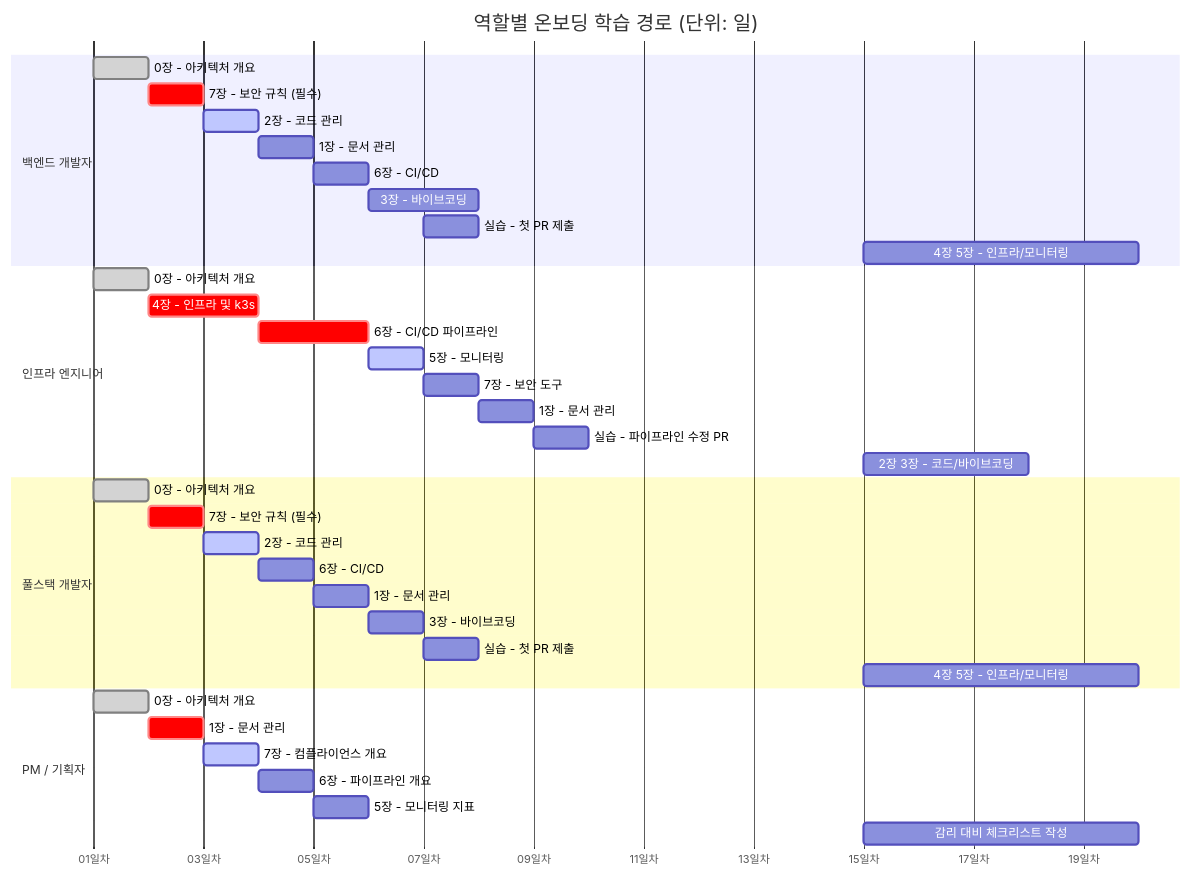
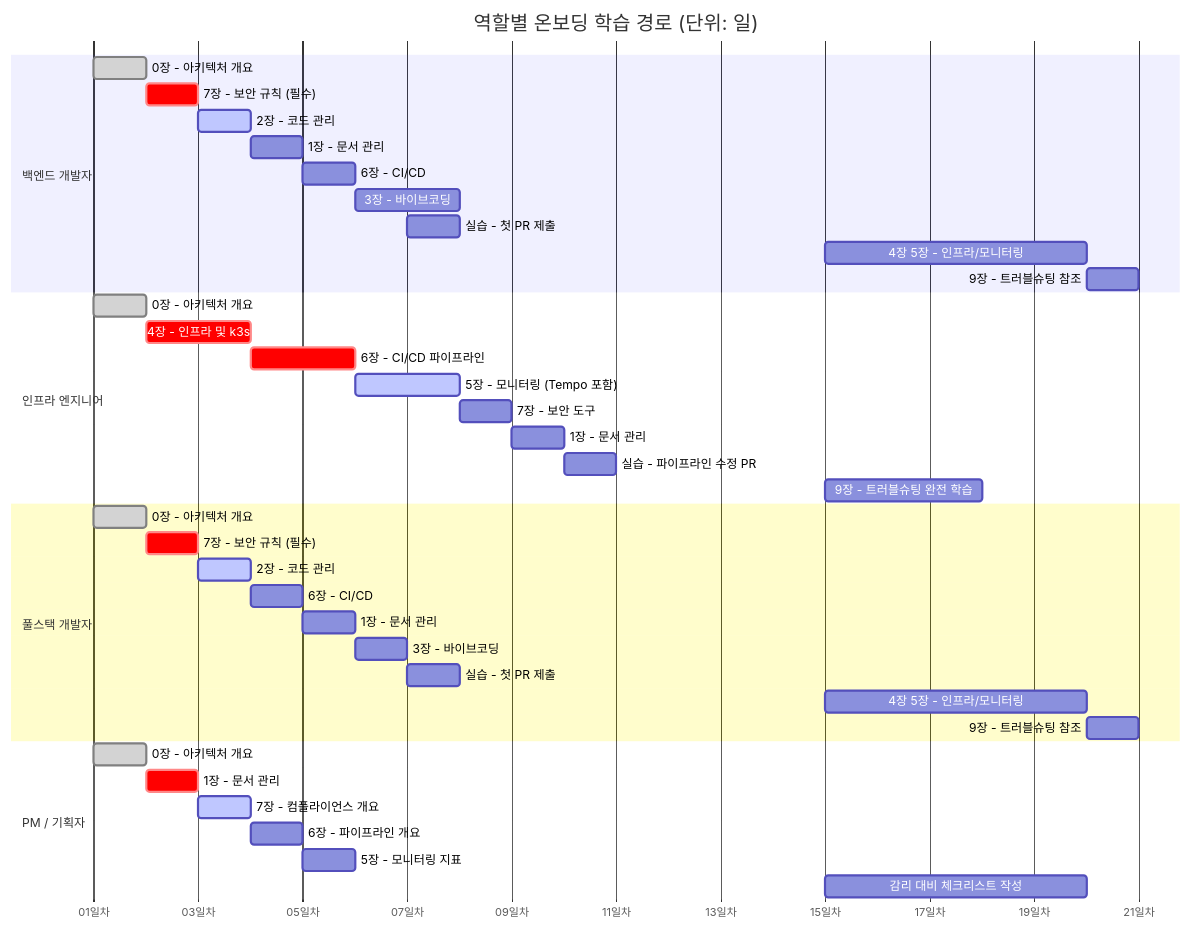
One commit to s99606931/ai-saas changed the second of 3 diagrams in docs/guides/onboarding/README.md. Above: the diagram before and after it, drawn with Mermaid. The commit also changed other lines of this file and 141 other files, not shown here.

````diff
--- a/docs/guides/onboarding/README.md
+++ b/docs/guides/onboarding/README.md
@@ -96,44 +372,46 @@
 ```mermaid
 gantt
   title 역할별 온보딩 학습 경로 (단위: 일)
   dateFormat  D
   axisFormat  %d일차
 
   section 백엔드 개발자
   0장 - 아키텍처 개요        :done,    be1, 1, 1d
   7장 - 보안 규칙 (필수)     :crit,    be2, 2, 1d
   2장 - 코드 관리            :active,  be3, 3, 1d
   1장 - 문서 관리            :         be4, 4, 1d
   6장 - CI/CD                :         be5, 5, 1d
   3장 - 바이브코딩           :         be6, 6, 2d
   실습 - 첫 PR 제출          :         be7, 7, 1d
   4장 5장 - 인프라/모니터링  :         be8, 15, 5d
+  9장 - 트러블슈팅 참조      :         be9, 20, 1d
 
   section 인프라 엔지니어
   0장 - 아키텍처 개요        :done,    ie1, 1, 1d
   4장 - 인프라 및 k3s        :crit,    ie2, 2, 2d
   6장 - CI/CD 파이프라인     :crit,    ie3, 4, 2d
-  5장 - 모니터링             :active,  ie4, 6, 1d
-  7장 - 보안 도구            :         ie5, 7, 1d
-  1장 - 문서 관리            :         ie6, 8, 1d
-  실습 - 파이프라인 수정 PR  :         ie7, 9, 1d
-  2장 3장 - 코드/바이브코딩  :         ie8, 15, 3d
+  5장 - 모니터링 (Tempo 포함):active,  ie4, 6, 2d
+  7장 - 보안 도구            :         ie5, 8, 1d
+  1장 - 문서 관리            :         ie6, 9, 1d
+  실습 - 파이프라인 수정 PR  :         ie7, 10, 1d
+  9장 - 트러블슈팅 완전 학습 :         ie8, 15, 3d
 
   section 풀스택 개발자
   0장 - 아키텍처 개요        :done,    fs1, 1, 1d
   7장 - 보안 규칙 (필수)     :crit,    fs2, 2, 1d
   2장 - 코드 관리            :active,  fs3, 3, 1d
   6장 - CI/CD                :         fs4, 4, 1d
   1장 - 문서 관리            :         fs5, 5, 1d
   3장 - 바이브코딩           :         fs6, 6, 1d
   실습 - 첫 PR 제출          :         fs7, 7, 1d
   4장 5장 - 인프라/모니터링  :         fs8, 15, 5d
+  9장 - 트러블슈팅 참조      :         fs9, 20, 1d
 
   section PM / 기획자
   0장 - 아키텍처 개요        :done,    pm1, 1, 1d
   1장 - 문서 관리            :crit,    pm2, 2, 1d
   7장 - 컴플라이언스 개요    :active,  pm3, 3, 1d
   6장 - 파이프라인 개요      :         pm4, 4, 1d
   5장 - 모니터링 지표        :         pm5, 5, 1d
   감리 대비 체크리스트 작성  :         pm6, 15, 5d
 ```
````
